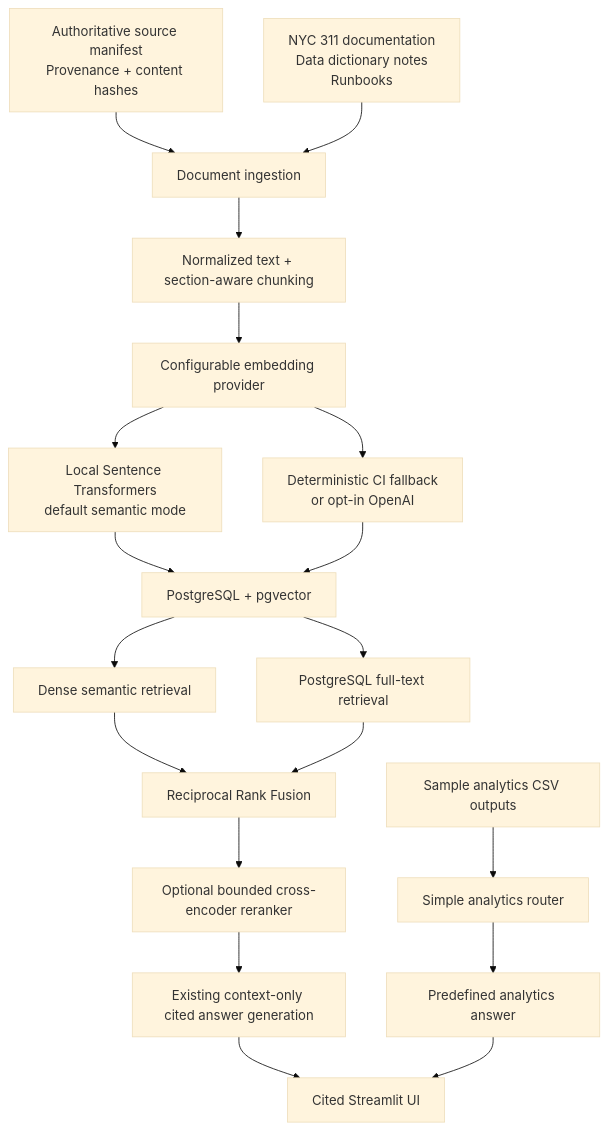
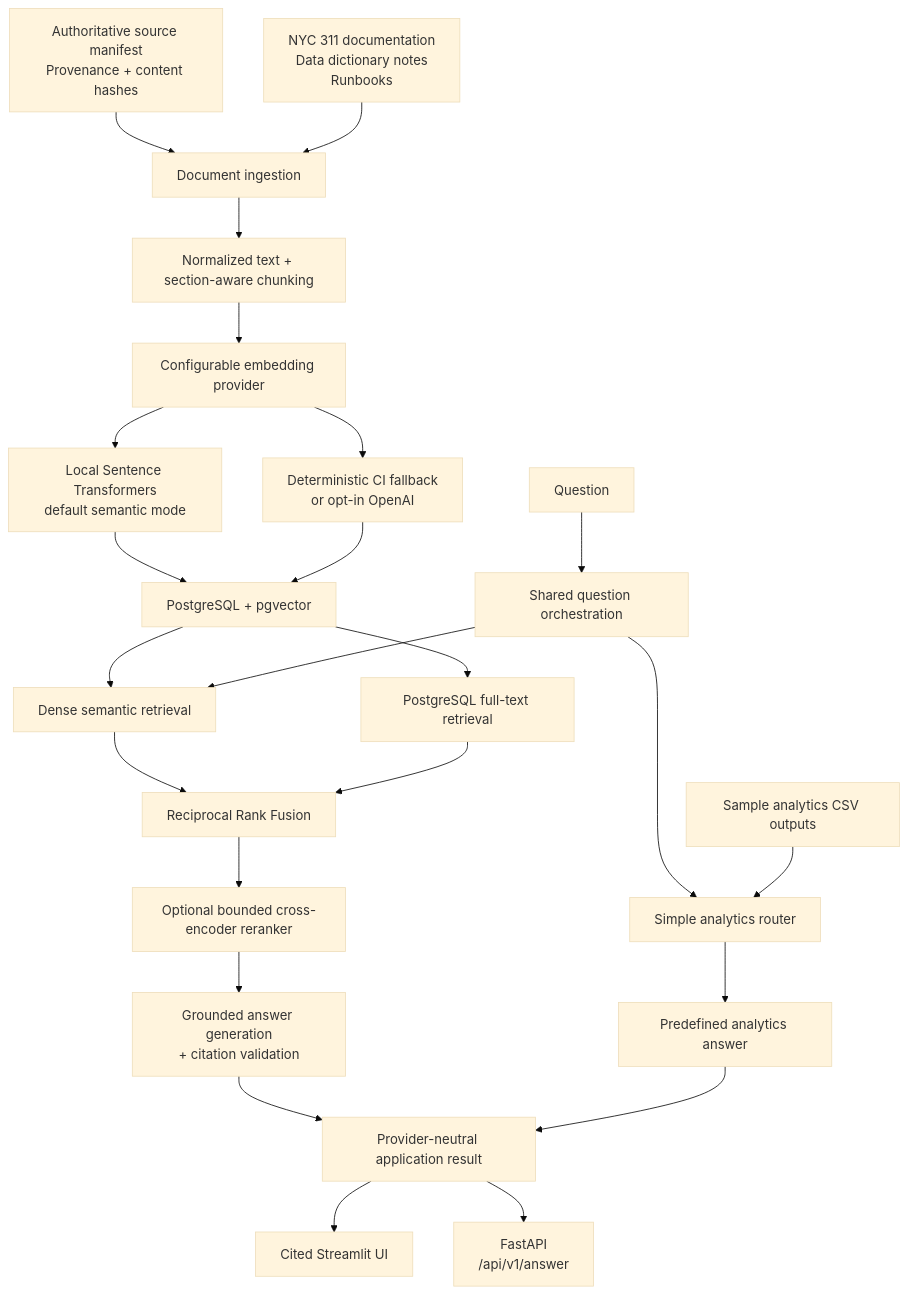
Before and after one commit to rihua-tech/civiclens-rag-nyc311: the diagram in docs/architecture.md, drawn with Mermaid (base theme). The commit also changed other lines of this file and 18 other files, not shown here.

Commit message:
Add FastAPI backend and question orchestration

````diff
--- a/docs/architecture.md
+++ b/docs/architecture.md
@@ -3,26 +3,32 @@
 ```mermaid
 flowchart TD
+    question["Question"]
     docs["NYC 311 documentation<br/>Data dictionary notes<br/>Runbooks"]
     manifest["Authoritative source manifest<br/>Provenance + content hashes"]
     samples["Sample analytics CSV outputs"]
 
     manifest --> ingestion
     docs --> ingestion["Document ingestion"]
     ingestion --> chunking["Normalized text + section-aware chunking"]
     chunking --> provider["Configurable embedding provider"]
     provider --> semantic["Local Sentence Transformers<br/>default semantic mode"]
     provider --> fallback["Deterministic CI fallback<br/>or opt-in OpenAI"]
     semantic --> pgvector["PostgreSQL + pgvector"]
     fallback --> pgvector
     pgvector --> dense["Dense semantic retrieval"]
     pgvector --> lexical["PostgreSQL full-text retrieval"]
     dense --> rrf["Reciprocal Rank Fusion"]
     lexical --> rrf
     rrf --> reranker["Optional bounded cross-encoder reranker"]
-    reranker --> answer["Existing context-only cited answer generation"]
-    answer --> ui["Cited Streamlit UI"]
+    reranker --> answer["Grounded answer generation<br/>+ citation validation"]
 
-    samples --> router["Simple analytics router"]
+    question --> orchestrator["Shared question orchestration"]
+    orchestrator --> dense
+    orchestrator --> router["Simple analytics router"]
+    samples --> router
     router --> analyticsAnswer["Predefined analytics answer"]
-    analyticsAnswer --> ui
+    answer --> result["Provider-neutral application result"]
+    analyticsAnswer --> result
+    result --> ui["Cited Streamlit UI"]
+    result --> api["FastAPI<br/>/api/v1/answer"]
 ```
````
